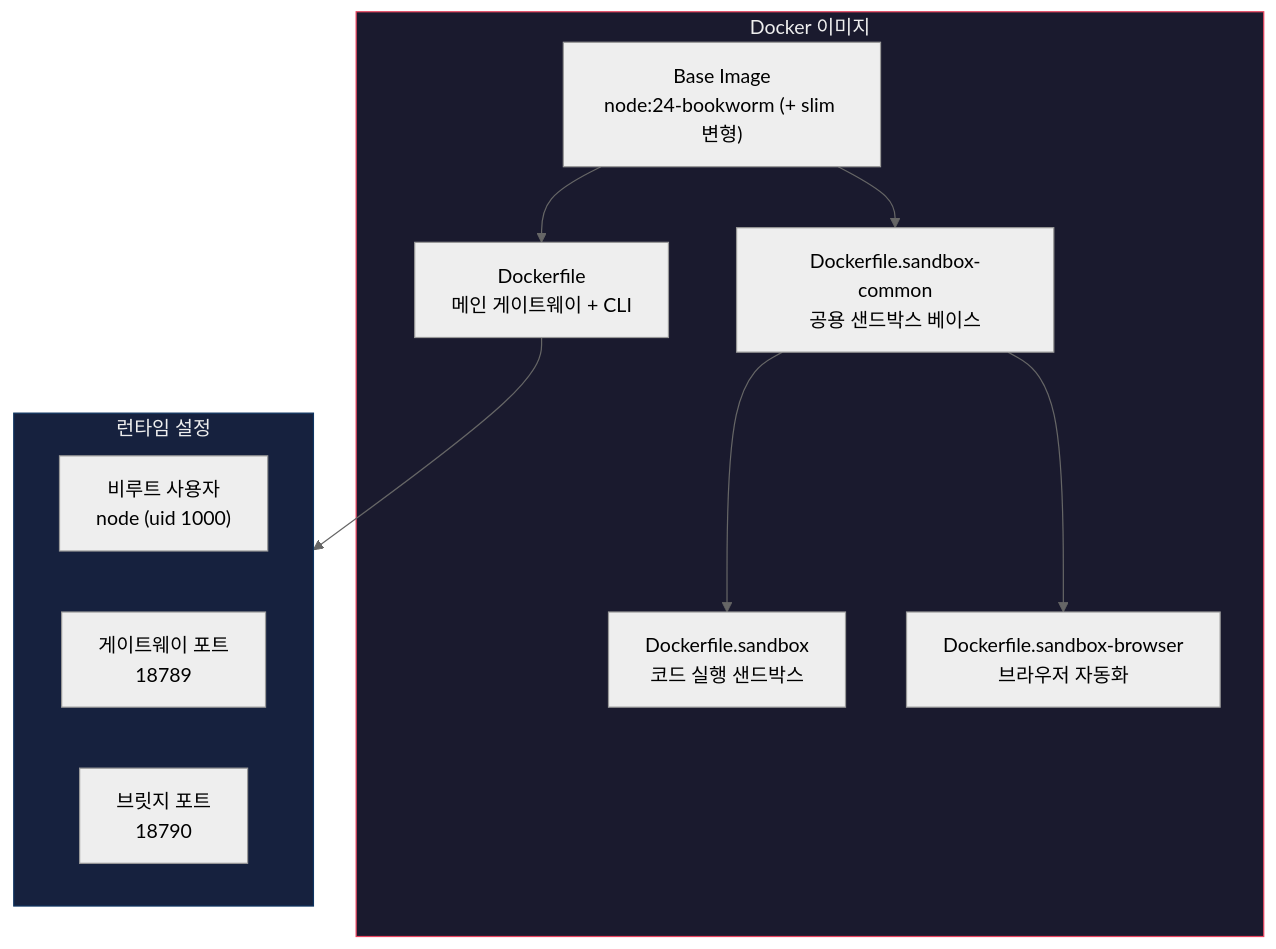
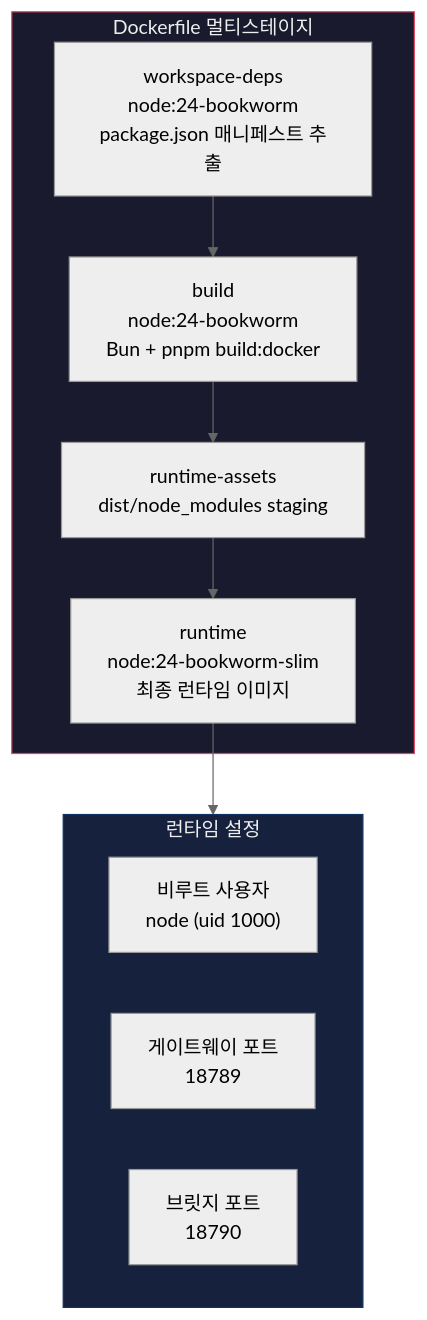
The fifth of 7 diagrams in openclaw분석/10-빌드-배포-시스템.md (kgpark88/aiagent2026), drawn with Mermaid (neutral theme) before and after one commit. The commit also changed other lines of this file and 11 other files, not shown here.

````diff
--- a/openclaw분석/10-빌드-배포-시스템.md
+++ b/openclaw분석/10-빌드-배포-시스템.md
@@ -430,25 +436,23 @@
 ```mermaid
 graph TB
-    subgraph DockerImages["Docker 이미지"]
-        Base["Base Image<br/>node:24-bookworm (+ slim 변형)"]
-        Main["Dockerfile<br/>메인 게이트웨이 + CLI"]
-        SandCommon["Dockerfile.sandbox-common<br/>공용 샌드박스 베이스"]
-        Sandbox["Dockerfile.sandbox<br/>코드 실행 샌드박스"]
-        Browser["Dockerfile.sandbox-browser<br/>브라우저 자동화"]
+    subgraph DockerStages["Dockerfile 멀티스테이지"]
+        WSDeps["workspace-deps<br/>node:24-bookworm<br/>package.json 매니페스트 추출"]
+        Build["build<br/>node:24-bookworm<br/>Bun + pnpm build:docker"]
+        RtAssets["runtime-assets<br/>dist/node_modules staging"]
+        Runtime["runtime<br/>node:24-bookworm-slim<br/>최종 런타임 이미지"]
     end
 
-    subgraph Runtime["런타임 설정"]
+    subgraph RuntimeCfg["런타임 설정"]
         User["비루트 사용자<br/>node (uid 1000)"]
         GatewayPort["게이트웨이 포트<br/>18789"]
         BridgePort["브릿지 포트<br/>18790"]
     end
 
-    Base --> Main
-    Base --> SandCommon
-    SandCommon --> Sandbox
-    SandCommon --> Browser
-    Main --> Runtime
+    WSDeps --> Build
+    Build --> RtAssets
+    RtAssets --> Runtime
+    Runtime --> RuntimeCfg
 
-    style DockerImages fill:#1a1a2e,stroke:#e94560,color:#eee
-    style Runtime fill:#16213e,stroke:#0f3460,color:#eee
+    style DockerStages fill:#1a1a2e,stroke:#e94560,color:#eee
+    style RuntimeCfg fill:#16213e,stroke:#0f3460,color:#eee
 ```
````
